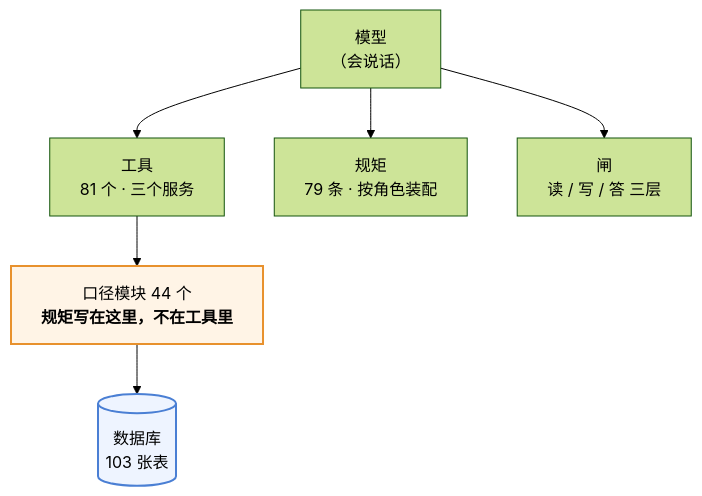
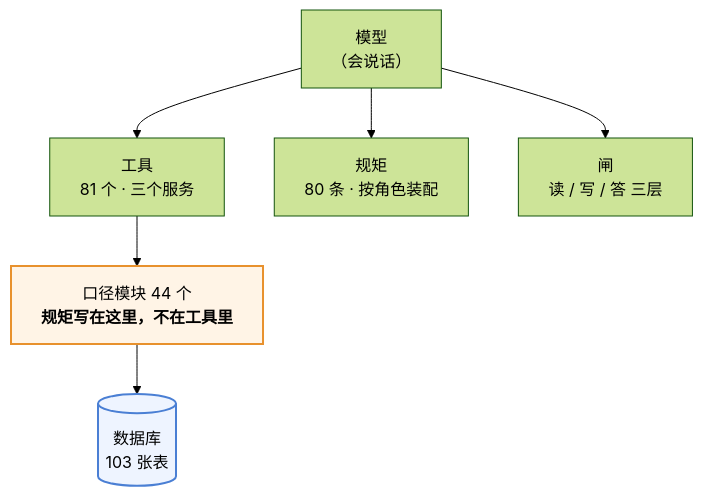
The first of 3 diagrams in 澜绣云裳agent-产品说明.md (843773296-rgb/lanxiu-yunshang-agent), drawn with Mermaid (forest theme) before and after one commit. The commit also changed 18 other files, not shown here.

````diff
--- a/澜绣云裳agent-产品说明.md
+++ b/澜绣云裳agent-产品说明.md
@@ -62,12 +62,12 @@
 ```mermaid
 flowchart TD
     M["模型<br/>（会说话）"]
     M --> T["工具<br/>81 个 · 三个服务"]
-    M --> R["规矩<br/>79 条 · 按角色装配"]
+    M --> R["规矩<br/>80 条 · 按角色装配"]
     M --> G["闸<br/>读 / 写 / 答 三层"]
     T --> K["口径模块 44 个<br/><b>规矩写在这里，不在工具里</b>"]
     K --> DB[("数据库<br/>103 张表")]
 
     style K fill:#fff4e6,stroke:#e8912d,stroke-width:2px
     style DB fill:#eef4ff,stroke:#4a7fd4,stroke-width:2px
 ```
````
